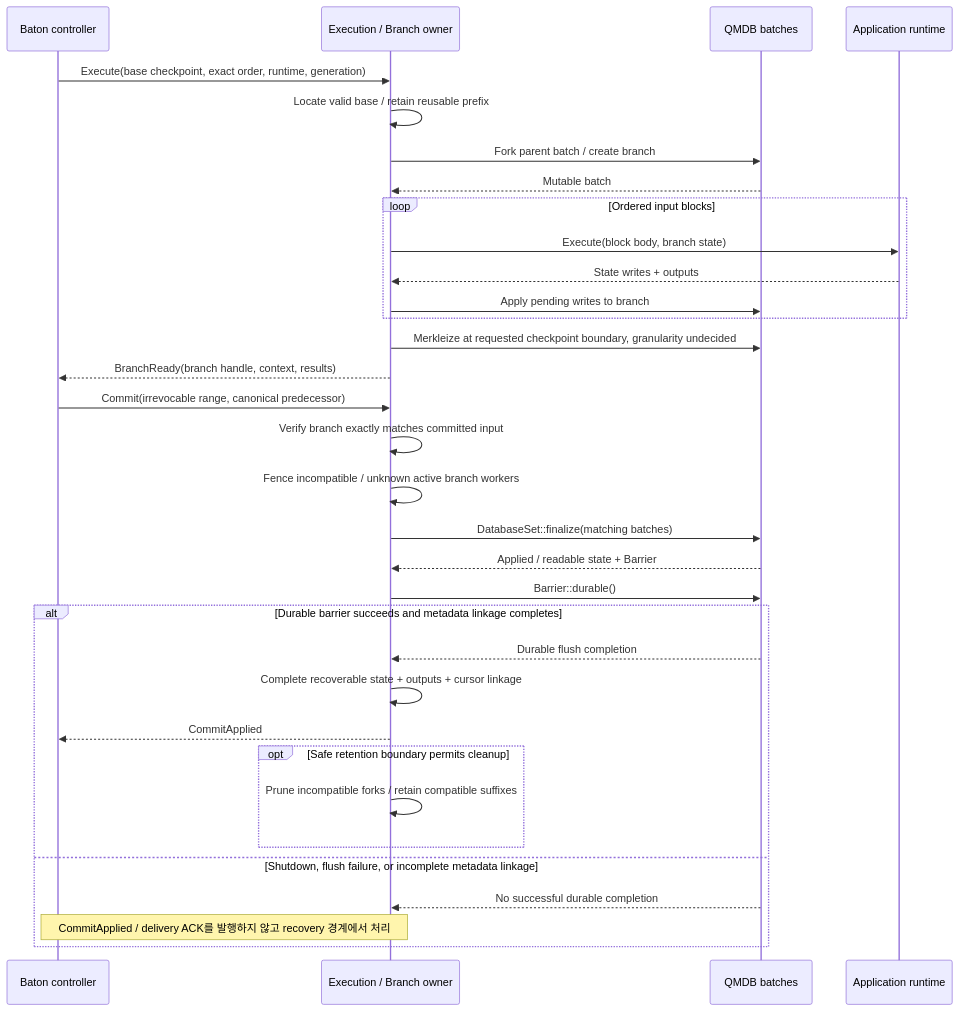
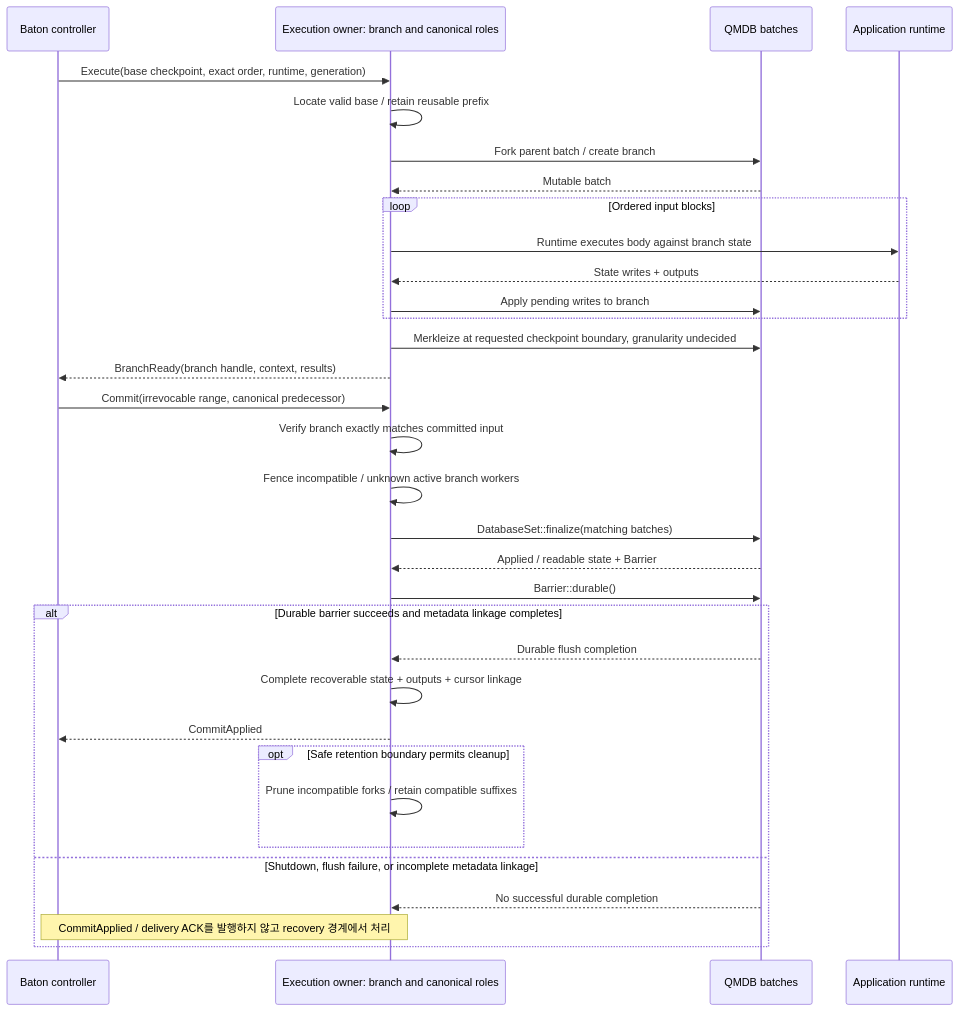
Before and after one commit to djm07073/baton-research: the ninth of 17 diagrams in IMPLEMENTATION_SPEC.md, drawn with Mermaid. The commit also changed other lines of this file and 30 other files, not shown here.

````diff
--- a/IMPLEMENTATION_SPEC.md
+++ b/IMPLEMENTATION_SPEC.md
@@ -418,35 +428,35 @@
 ```mermaid
 sequenceDiagram
     participant B as Baton controller
-    participant O as Execution / Branch owner
+    participant O as Execution owner: branch and canonical roles
     participant Q as QMDB batches
     participant A as Application runtime
     B->>O: Execute(base checkpoint, exact order, runtime, generation)
     O->>O: Locate valid base / retain reusable prefix
     O->>Q: Fork parent batch / create branch
     Q-->>O: Mutable batch
     loop Ordered input blocks
-        O->>A: Execute(block body, branch state)
+        O->>A: Runtime executes body against branch state
         A-->>O: State writes + outputs
         O->>Q: Apply pending writes to branch
     end
     O->>Q: Merkleize at requested checkpoint boundary, granularity undecided
     O-->>B: BranchReady(branch handle, context, results)
     B->>O: Commit(irrevocable range, canonical predecessor)
     O->>O: Verify branch exactly matches committed input
     O->>O: Fence incompatible / unknown active branch workers
     O->>Q: DatabaseSet::finalize(matching batches)
     Q-->>O: Applied / readable state + Barrier
     O->>Q: Barrier::durable()
     alt Durable barrier succeeds and metadata linkage completes
         Q-->>O: Durable flush completion
         O->>O: Complete recoverable state + outputs + cursor linkage
         O-->>B: CommitApplied
         opt Safe retention boundary permits cleanup
             O->>O: Prune incompatible forks / retain compatible suffixes
         end
     else Shutdown, flush failure, or incomplete metadata linkage
         Q-->>O: No successful durable completion
         Note over B,O: CommitApplied / delivery ACK를 발행하지 않고 recovery 경계에서 처리
     end
 ```
````
